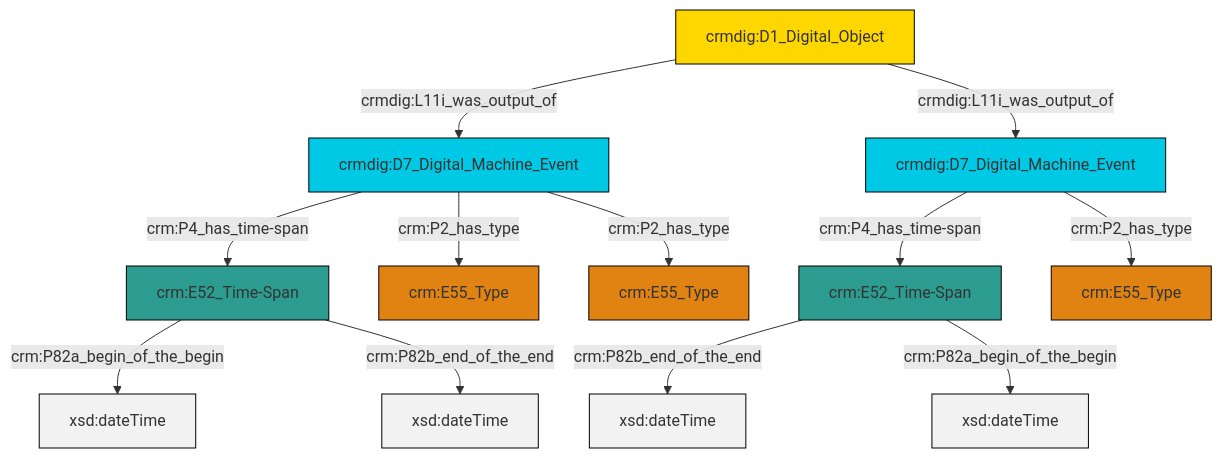
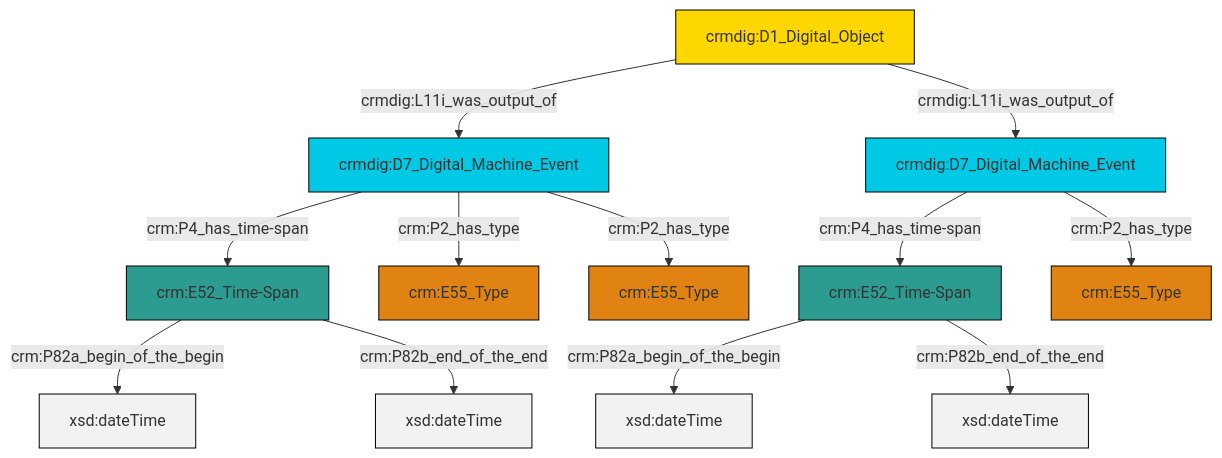
One commit to swiss-art-research-net/docs.swissartresearch changed the diagram in et/doCSV/ttl/mmd/do_existence.ttl.mmd. Above: the diagram before and after it, drawn with Mermaid. The commit also changed 210 other files, not shown here.

```diff
--- a/et/doCSV/ttl/mmd/do_existence.ttl.mmd
+++ b/et/doCSV/ttl/mmd/do_existence.ttl.mmd
@@ -1,26 +1,26 @@
 graph TD
 classDef Literal fill:#f2f2f2,stroke:#000000;
 classDef CRM_Entity fill:#FFFFFF,stroke:#000000;
 classDef Temporal_Entity fill:#00C9E6, stroke:#000000;
 classDef Type fill:#E18312, stroke:#000000;
 classDef Time-Span fill:#2C9C91, stroke:#000000;
 classDef Appellation fill:#FFEB7F, stroke:#000000;
 classDef Place fill:#008836, stroke:#000000;
 classDef Persistent_Item fill:#B266B2, stroke:#000000;
 classDef Conceptual_Object fill:#FFD700, stroke:#000000;
 classDef Physical_Thing fill:#D2B48C, stroke:#000000;
 classDef Actor fill:#f58aad, stroke:#000000;
 classDef PC_Classes fill:#4ce600, stroke:#000000;
 classDef Multi fill:#cccccc,stroke:#000000;
 
-0["crm:E52_Time-Span"]:::Time-Span -->|crm:P82b_end_of_the_end| 1[xsd:dateTime]:::Literal
-2["crmdig:D1_Digital_Object"]:::Conceptual_Object -->|crmdig:L11i_was_output_of| 3["crmdig:D7_Digital_Machine_Event"]:::Temporal_Entity
-4["crmdig:D7_Digital_Machine_Event"]:::Temporal_Entity -->|crm:P4_has_time-span| 0["crm:E52_Time-Span"]:::Time-Span
-0["crm:E52_Time-Span"]:::Time-Span -->|crm:P82a_begin_of_the_begin| 5[xsd:dateTime]:::Literal
-11["crm:E52_Time-Span"]:::Time-Span -->|crm:P82a_begin_of_the_begin| 12[xsd:dateTime]:::Literal
-3["crmdig:D7_Digital_Machine_Event"]:::Temporal_Entity -->|crm:P4_has_time-span| 11["crm:E52_Time-Span"]:::Time-Span
-3["crmdig:D7_Digital_Machine_Event"]:::Temporal_Entity -->|crm:P2_has_type| 6["crm:E55_Type"]:::Type
-4["crmdig:D7_Digital_Machine_Event"]:::Temporal_Entity -->|crm:P2_has_type| 13["crm:E55_Type"]:::Type
-3["crmdig:D7_Digital_Machine_Event"]:::Temporal_Entity -->|crm:P2_has_type| 9["crm:E55_Type"]:::Type
-2["crmdig:D1_Digital_Object"]:::Conceptual_Object -->|crmdig:L11i_was_output_of| 4["crmdig:D7_Digital_Machine_Event"]:::Temporal_Entity
-11["crm:E52_Time-Span"]:::Time-Span -->|crm:P82b_end_of_the_end| 17[xsd:dateTime]:::Literal
+0["crm:E52_Time-Span"]:::Time-Span -->|crm:P82a_begin_of_the_begin| 2[xsd:dateTime]:::Literal
+7["crmdig:D1_Digital_Object"]:::Conceptual_Object -->|crmdig:L11i_was_output_of| 8["crmdig:D7_Digital_Machine_Event"]:::Temporal_Entity
+8["crmdig:D7_Digital_Machine_Event"]:::Temporal_Entity -->|crm:P2_has_type| 9["crm:E55_Type"]:::Type
+3["crmdig:D7_Digital_Machine_Event"]:::Temporal_Entity -->|crm:P4_has_time-span| 10["crm:E52_Time-Span"]:::Time-Span
+0["crm:E52_Time-Span"]:::Time-Span -->|crm:P82b_end_of_the_end| 12[xsd:dateTime]:::Literal
+10["crm:E52_Time-Span"]:::Time-Span -->|crm:P82a_begin_of_the_begin| 14[xsd:dateTime]:::Literal
+7["crmdig:D1_Digital_Object"]:::Conceptual_Object -->|crmdig:L11i_was_output_of| 3["crmdig:D7_Digital_Machine_Event"]:::Temporal_Entity
+3["crmdig:D7_Digital_Machine_Event"]:::Temporal_Entity -->|crm:P2_has_type| 15["crm:E55_Type"]:::Type
+10["crm:E52_Time-Span"]:::Time-Span -->|crm:P82b_end_of_the_end| 22[xsd:dateTime]:::Literal
+8["crmdig:D7_Digital_Machine_Event"]:::Temporal_Entity -->|crm:P4_has_time-span| 0["crm:E52_Time-Span"]:::Time-Span
+8["crmdig:D7_Digital_Machine_Event"]:::Temporal_Entity -->|crm:P2_has_type| 5["crm:E55_Type"]:::Type
```
